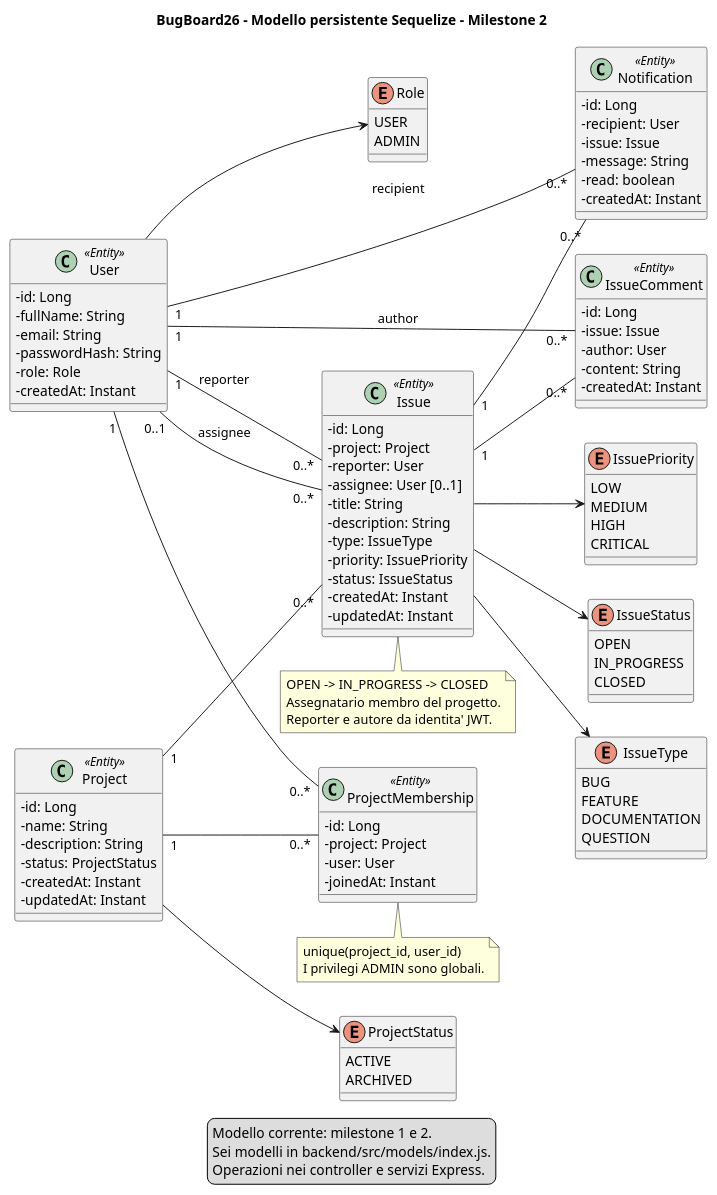
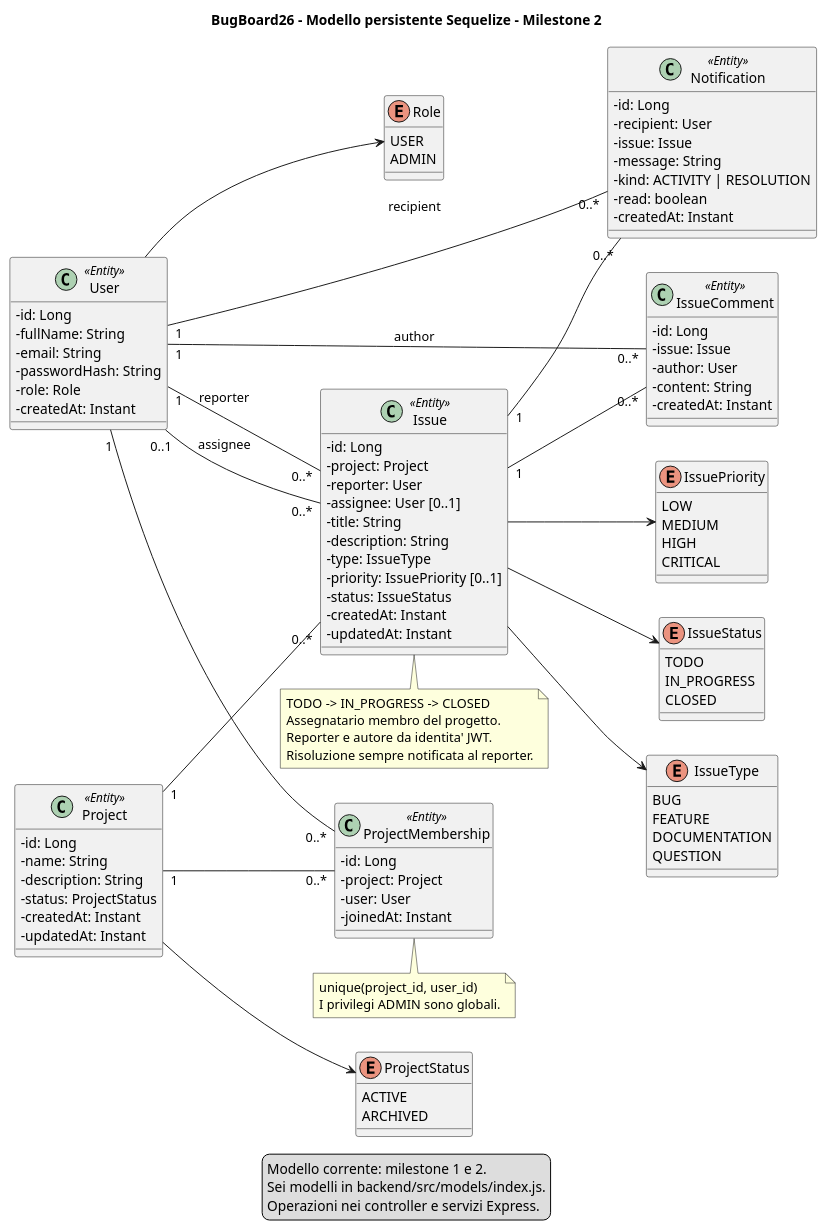
Before and after one commit to luxifer483/BugBoard26: the diagram in docs/diagrammi/backend-model-as-is.puml, drawn with PlantUML. The commit also changed 23 other files, not shown here.

Commit message:
Align issue priority, TODO status and resolution notifications

```diff
--- a/docs/diagrammi/backend-model-as-is.puml
+++ b/docs/diagrammi/backend-model-as-is.puml
@@ -1,110 +1,112 @@
 @startuml
 title BugBoard26 - Modello persistente Sequelize - Milestone 2
 left to right direction
 skinparam classAttributeIconSize 0
 skinparam shadowing false
 
 class User <<Entity>> {
   -id: Long
   -fullName: String
   -email: String
   -passwordHash: String
   -role: Role
   -createdAt: Instant
 }
 enum Role {
   USER
   ADMIN
 }
 class Project <<Entity>> {
   -id: Long
   -name: String
   -description: String
   -status: ProjectStatus
   -createdAt: Instant
   -updatedAt: Instant
 }
 enum ProjectStatus {
   ACTIVE
   ARCHIVED
 }
 class ProjectMembership <<Entity>> {
   -id: Long
   -project: Project
   -user: User
   -joinedAt: Instant
 }
 User --> Role
 class Issue <<Entity>> {
   -id: Long
   -project: Project
   -reporter: User
   -assignee: User [0..1]
   -title: String
   -description: String
   -type: IssueType
-  -priority: IssuePriority
+  -priority: IssuePriority [0..1]
   -status: IssueStatus
   -createdAt: Instant
   -updatedAt: Instant
 }
 enum IssueStatus {
-  OPEN
+  TODO
   IN_PROGRESS
   CLOSED
 }
 enum IssueType {
   BUG
   FEATURE
   DOCUMENTATION
   QUESTION
 }
 enum IssuePriority {
   LOW
   MEDIUM
   HIGH
   CRITICAL
 }
 class IssueComment <<Entity>> {
   -id: Long
   -issue: Issue
   -author: User
   -content: String
   -createdAt: Instant
 }
 class Notification <<Entity>> {
   -id: Long
   -recipient: User
   -issue: Issue
   -message: String
+  -kind: ACTIVITY | RESOLUTION
   -read: boolean
   -createdAt: Instant
 }
 Project "1" -- "0..*" Issue
 User "1" -- "0..*" Issue : reporter
 User "0..1" -- "0..*" Issue : assignee
 Issue --> IssueStatus
 Issue --> IssueType
 Issue --> IssuePriority
 Issue "1" -- "0..*" IssueComment
 User "1" -- "0..*" IssueComment : author
 Issue "1" -- "0..*" Notification
 User "1" -- "0..*" Notification : recipient
 note bottom of Issue
-  OPEN -> IN_PROGRESS -> CLOSED
+  TODO -> IN_PROGRESS -> CLOSED
   Assegnatario membro del progetto.
   Reporter e autore da identita' JWT.
+  Risoluzione sempre notificata al reporter.
 end note
 Project --> ProjectStatus
 User "1" -- "0..*" ProjectMembership
 Project "1" -- "0..*" ProjectMembership
 note bottom of ProjectMembership
   unique(project_id, user_id)
   I privilegi ADMIN sono globali.
 end note
 legend bottom
   Modello corrente: milestone 1 e 2.
   Sei modelli in backend/src/models/index.js.
   Operazioni nei controller e servizi Express.
 endlegend
 @enduml
```
